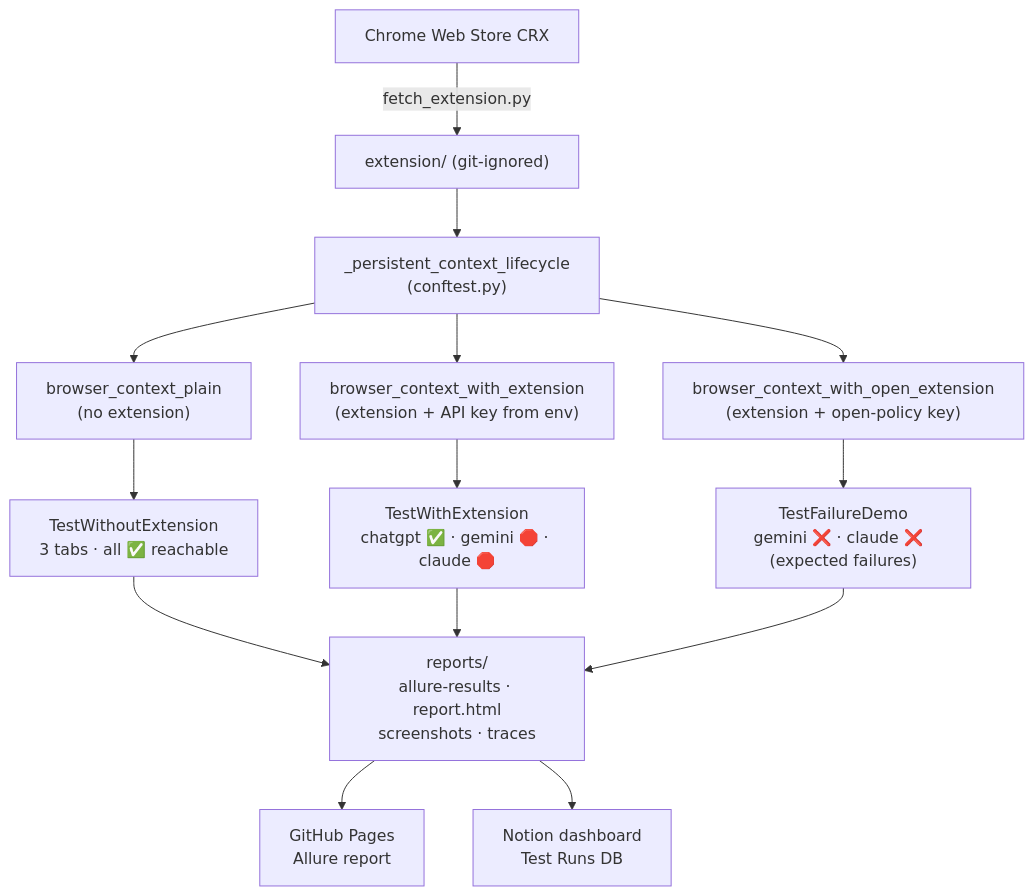
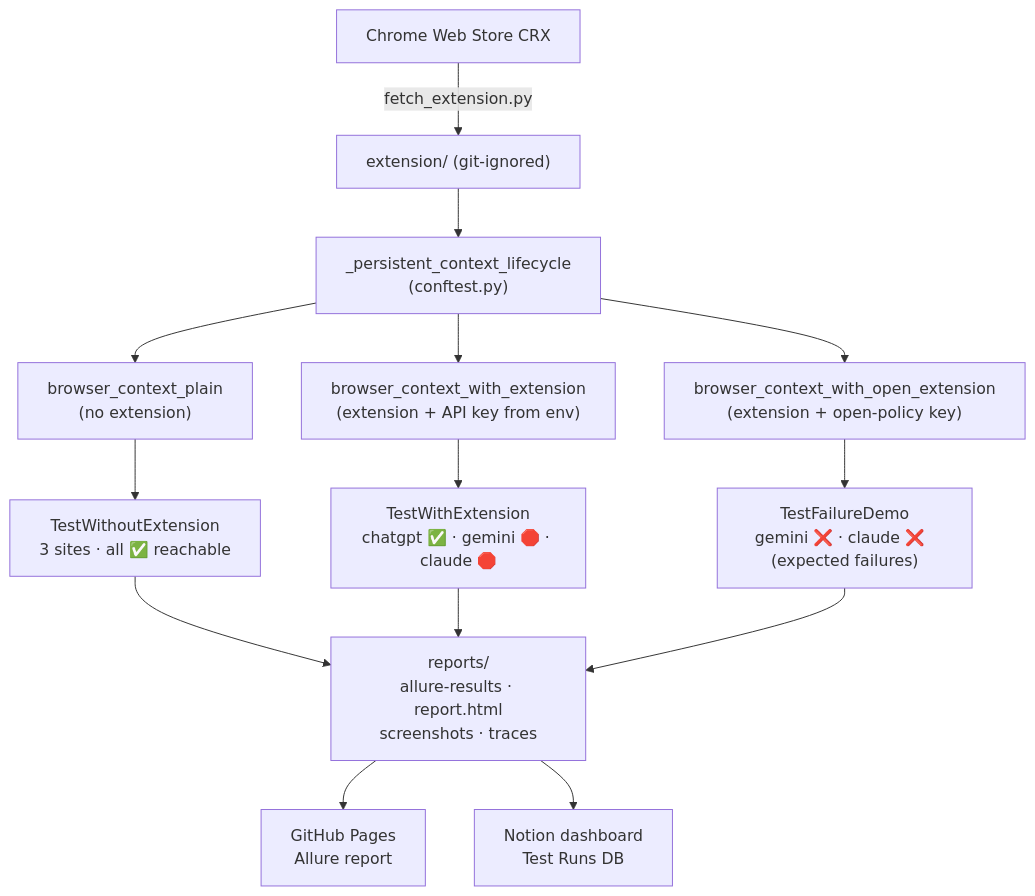
The diagram in README.md (talmalek/prompt-security-home-assignment), drawn with Mermaid before and after one commit. The commit also changed other lines of this file and 9 other files, not shown here.

````diff
--- a/README.md
+++ b/README.md
@@ -161,19 +191,19 @@
 ```mermaid
 flowchart TD
     CRX["Chrome Web Store CRX"] -- fetch_extension.py --> ExtDir["extension/ (git-ignored)"]
 
     ExtDir --> Lifecycle["_persistent_context_lifecycle\n(conftest.py)"]
     Lifecycle --> Plain["browser_context_plain\n(no extension)"]
     Lifecycle --> WithExt["browser_context_with_extension\n(extension + API key from env)"]
     Lifecycle --> OpenExt["browser_context_with_open_extension\n(extension + open-policy key)"]
 
-    Plain --> T1["TestWithoutExtension\n3 tabs · all ✅ reachable"]
+    Plain --> T1["TestWithoutExtension\n3 sites · all ✅ reachable"]
     WithExt --> T2["TestWithExtension\nchatgpt ✅ · gemini 🛑 · claude 🛑"]
     OpenExt --> T3["TestFailureDemo\ngemini ❌ · claude ❌  (expected failures)"]
 
     T1 --> Reports["reports/\nallure-results · report.html\nscreenshots · traces"]
     T2 --> Reports
     T3 --> Reports
     Reports --> Pages["GitHub Pages\nAllure report"]
     Reports --> Notion["Notion dashboard\nTest Runs DB"]
 ```
````
